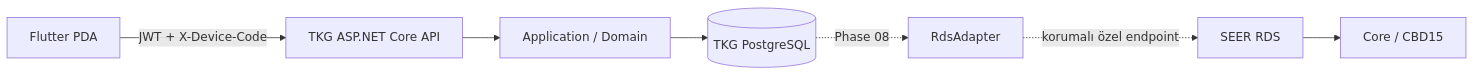
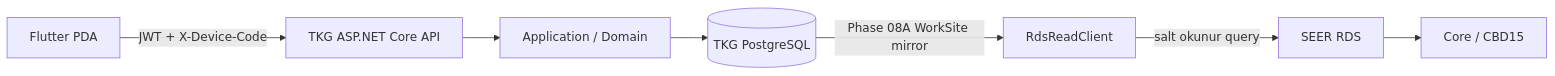
One commit to LOGIROBOTIC/TKG_PDA changed the first of 2 diagrams in docs/RDS_PDA_INTEGRATION_SPEC.md. Above: the diagram before and after it, drawn with Mermaid. The commit also changed other lines of this file and 35 other files, not shown here.

````diff
--- a/docs/RDS_PDA_INTEGRATION_SPEC.md
+++ b/docs/RDS_PDA_INTEGRATION_SPEC.md
@@ -13,9 +13,9 @@
 ```mermaid
 flowchart LR
     P[Flutter PDA] -->|JWT + X-Device-Code| A[TKG ASP.NET Core API]
     A --> D[Application / Domain]
     D --> DB[(TKG PostgreSQL)]
-    DB -. Phase 08 .-> R[RdsAdapter]
-    R -. korumalı özel endpoint .-> S[SEER RDS]
+    DB -->|Phase 08A WorkSite mirror| R[RdsReadClient]
+    R -->|salt okunur query| S[SEER RDS]
     S --> C[Core / CBD15]
 ```
````
